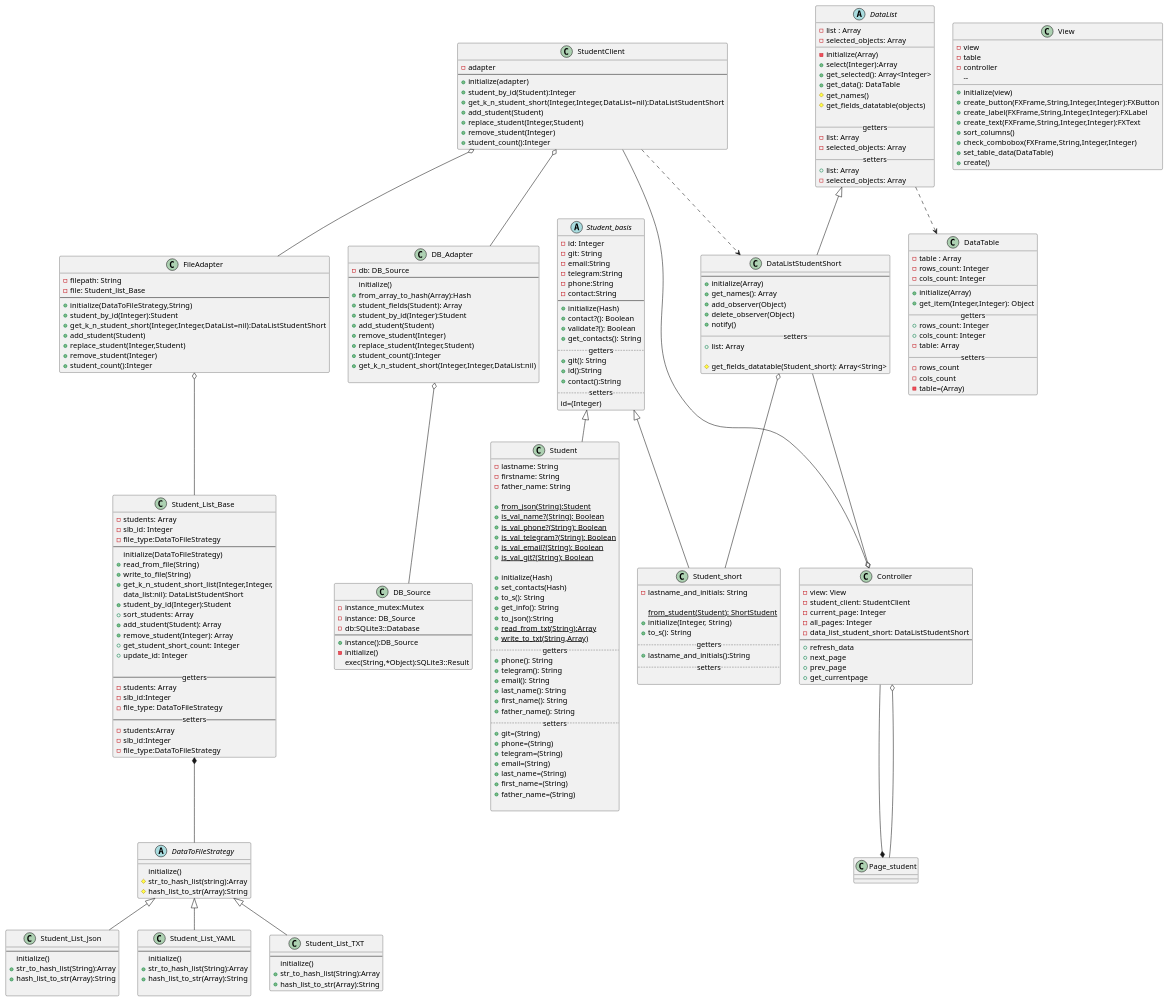
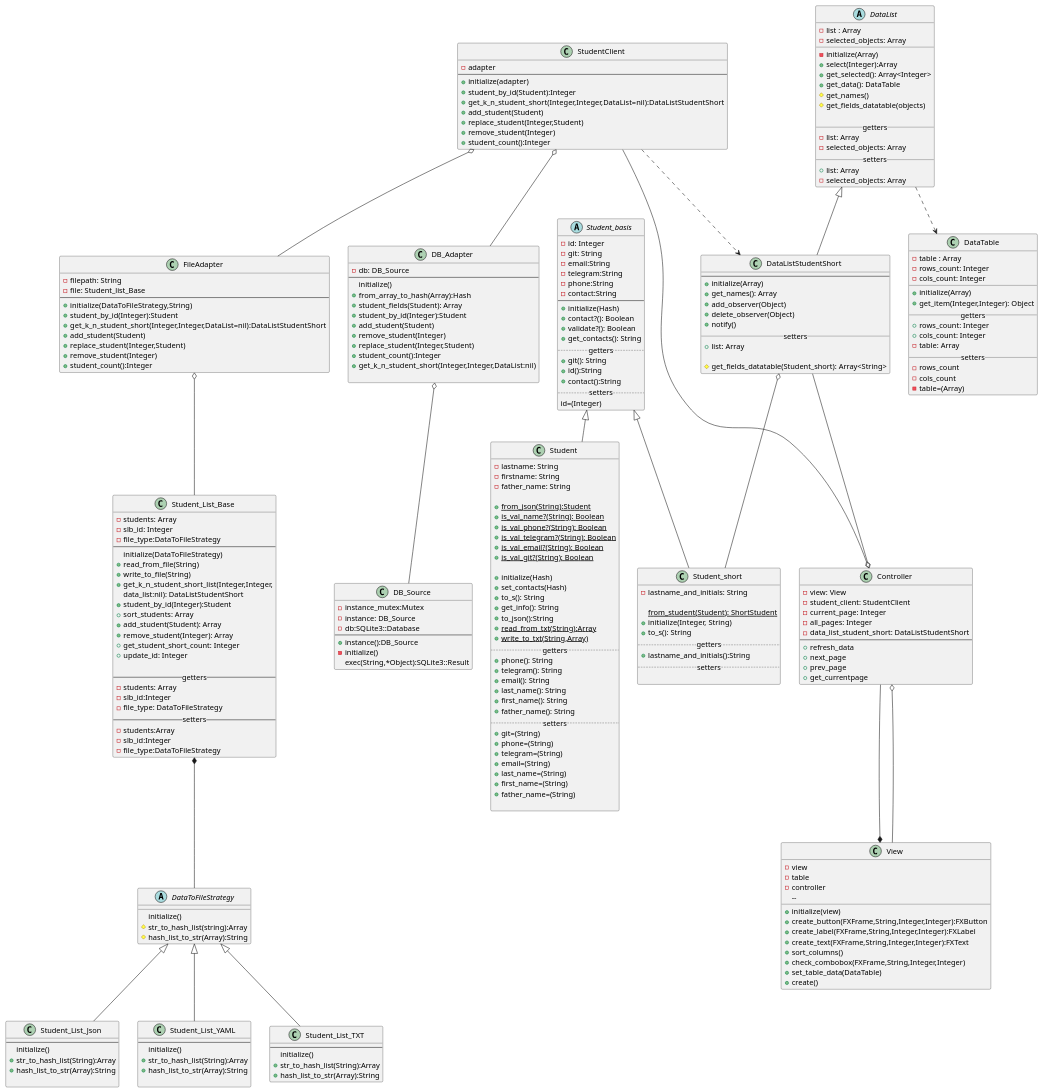
Before and after one commit to ColdEiler/pattern: the diagram in lab2/diagrams/student_diagrams.puml, drawn with PlantUML. The commit also changed 1 other file, not shown here.

Commit message:
исправил ошибку в диаграмме классов

```diff
--- a/lab2/diagrams/student_diagrams.puml
+++ b/lab2/diagrams/student_diagrams.puml
@@ -261,8 +261,8 @@
     +prev_page
     +get_currentpage
 }
-Controller --* Page_student
-Controller o-- Page_student
+Controller --* View
+Controller o-- View
 StudentClient --o Controller
 DataListStudentShort --o Controller
 
```
